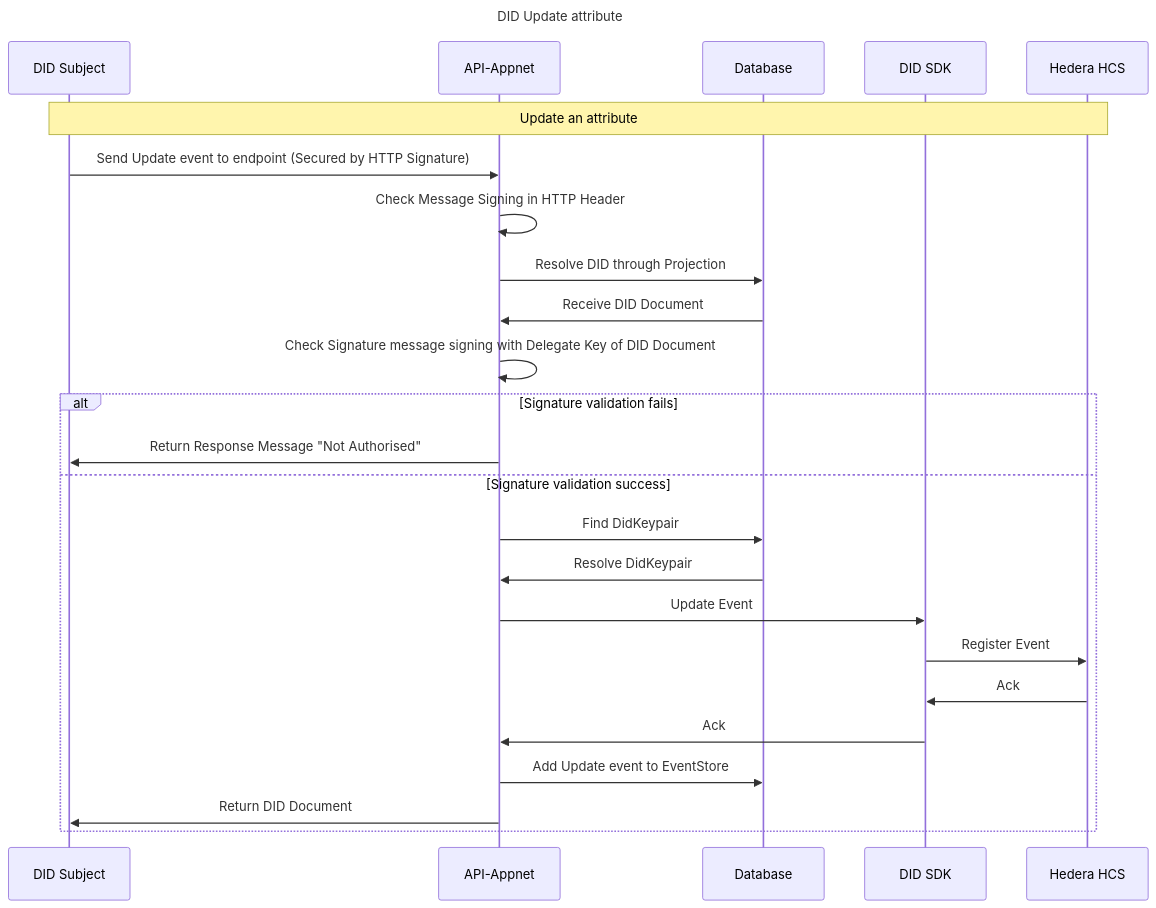
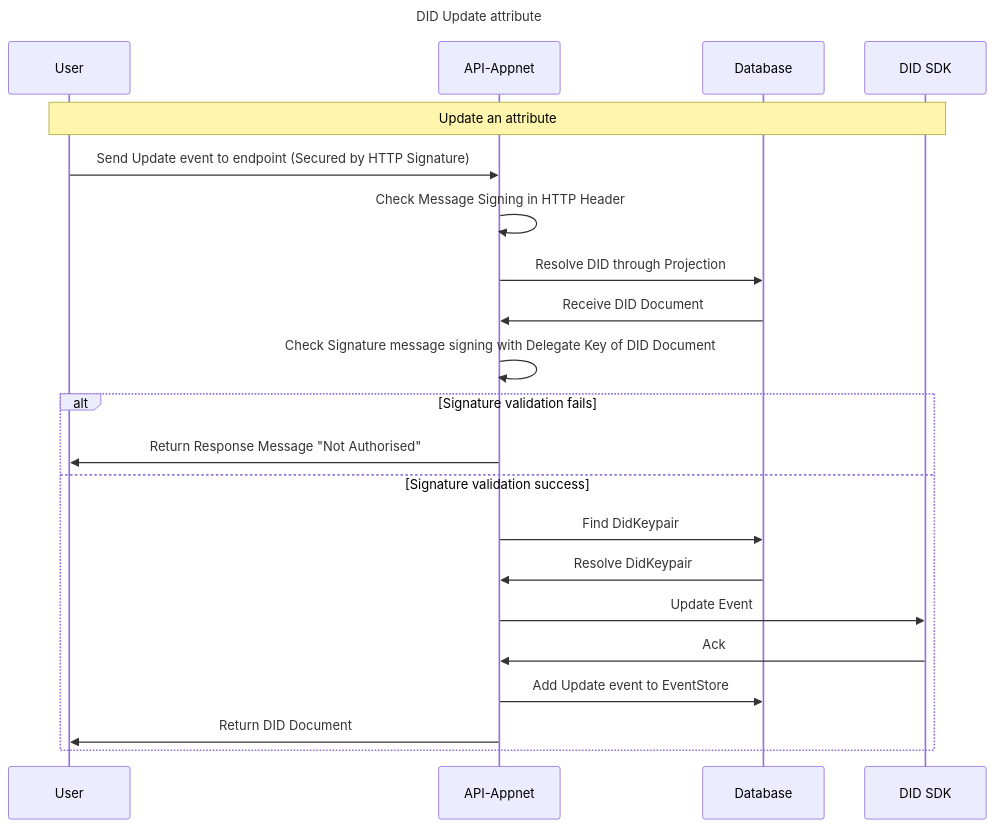
Before and after one commit to Meeco/hedera-did-identity-network: the diagram in documentation/diagrams/did-update-attribute.mmd, drawn with Mermaid. The commit also changed 1 other file, not shown here.

Commit message:
docs: Remove Hedera HCS from did-update-attribute and did-revoke-attribute diagrams.

```diff
--- a/documentation/diagrams/did-update-attribute.mmd
+++ b/documentation/diagrams/did-update-attribute.mmd
@@ -1,27 +1,24 @@
 sequenceDiagram
 Title: DID Update attribute
 
-participant Subject as DID Subject
+participant Subject as User
 participant API as API-Appnet
 participant Database as Database
 participant DIDSDK as DID SDK
-participant HCS as Hedera HCS
 
-note over Subject,HCS: Update an attribute
+note over Subject,DIDSDK: Update an attribute
 Subject ->> API: Send Update event to endpoint (Secured by HTTP Signature)
 API ->> API: Check Message Signing in HTTP Header
 API ->> Database: Resolve DID through Projection
 Database ->> API: Receive DID Document
 API ->> API: Check Signature message signing with Delegate Key of DID Document
 alt Signature validation fails
 API ->> Subject: Return Response Message "Not Authorised"
 else Signature validation success
 API ->> Database: Find DidKeypair
 Database ->> API: Resolve DidKeypair
 API ->> DIDSDK: Update Event
-DIDSDK ->> HCS: Register Event
-HCS ->> DIDSDK: Ack
 DIDSDK ->> API: Ack
 API ->> Database: Add Update event to EventStore
 API ->> Subject: Return DID Document
 end
```
